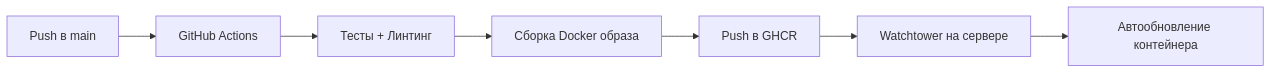
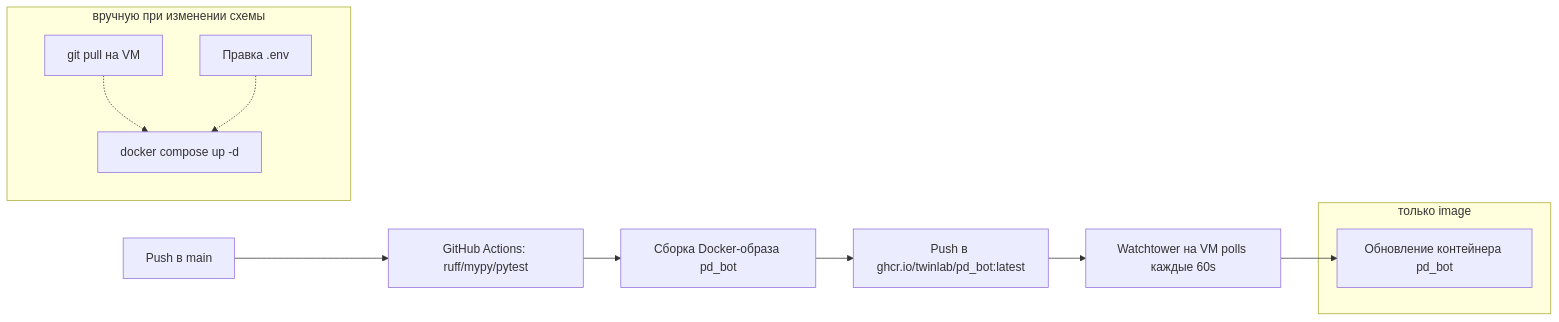
Before and after one commit to Twinlab/pd_bot: the diagram in docs/deployment.md, drawn with Mermaid. The commit also changed other lines of this file and 29 other files, not shown here.

````diff
--- a/docs/deployment.md
+++ b/docs/deployment.md
@@ -5,9 +21,21 @@
 ```mermaid
 graph LR
-    A[Push в main] --> B[GitHub Actions]
-    B --> C[Тесты + Линтинг]
-    C --> D[Сборка Docker образа]
-    D --> E[Push в GHCR]
-    E --> F[Watchtower на сервере]
-    F --> G[Автообновление контейнера]
+    A[Push в main] --> B[GitHub Actions: ruff/mypy/pytest]
+    B --> C[Сборка Docker-образа pd_bot]
+    C --> D[Push в ghcr.io/twinlab/pd_bot:latest]
+    D --> E[Watchtower на VM polls каждые 60s]
+    E --> F[Обновление контейнера pd_bot]
+
+    subgraph "только image"
+        F
+    end
+
+    subgraph "вручную при изменении схемы"
+        G[git pull на VM]
+        H[Правка .env]
+        I[docker compose up -d]
+    end
+
+    G -.-> I
+    H -.-> I
 ```
````
